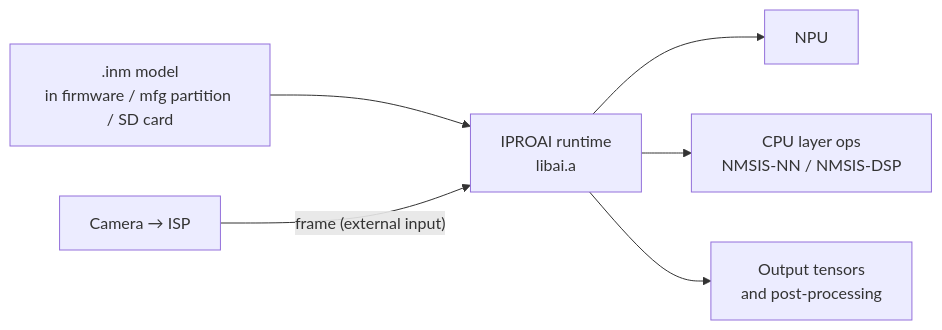
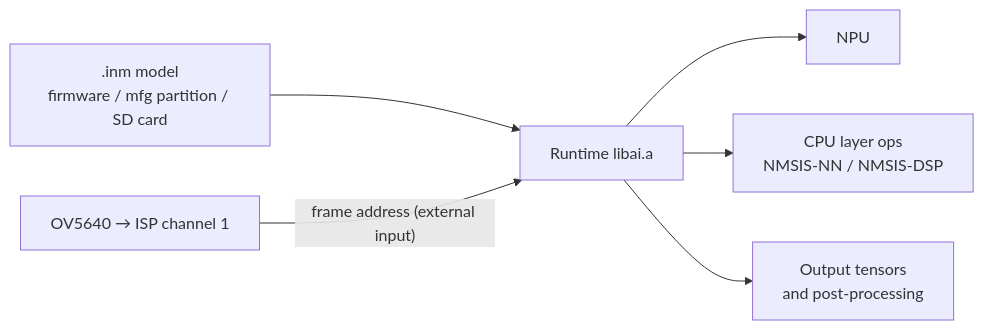
Before and after one commit to INTELPRO-INC/ipro-sdk-docs: the diagram in docs/en/guides/ai-npu.md, drawn with Mermaid. The commit also changed other lines of this file and 182 other files, not shown here.

````diff
--- a/docs/en/guides/ai-npu.md
+++ b/docs/en/guides/ai-npu.md
@@ -20,8 +20,8 @@
 ```mermaid
 flowchart LR
-  M[".inm model<br/>in firmware / mfg partition / SD card"] --> R["IPROAI runtime<br/>libai.a"]
-  C["Camera → ISP"] -->|"frame (external input)"| R
+  M[".inm model<br/>firmware / mfg partition / SD card"] --> R["Runtime libai.a"]
+  C["OV5640 → ISP channel 1"] -->|"frame address (external input)"| R
   R --> N["NPU"]
   R --> P["CPU layer ops<br/>NMSIS-NN / NMSIS-DSP"]
   R --> O["Output tensors<br/>and post-processing"]
 ```
````
